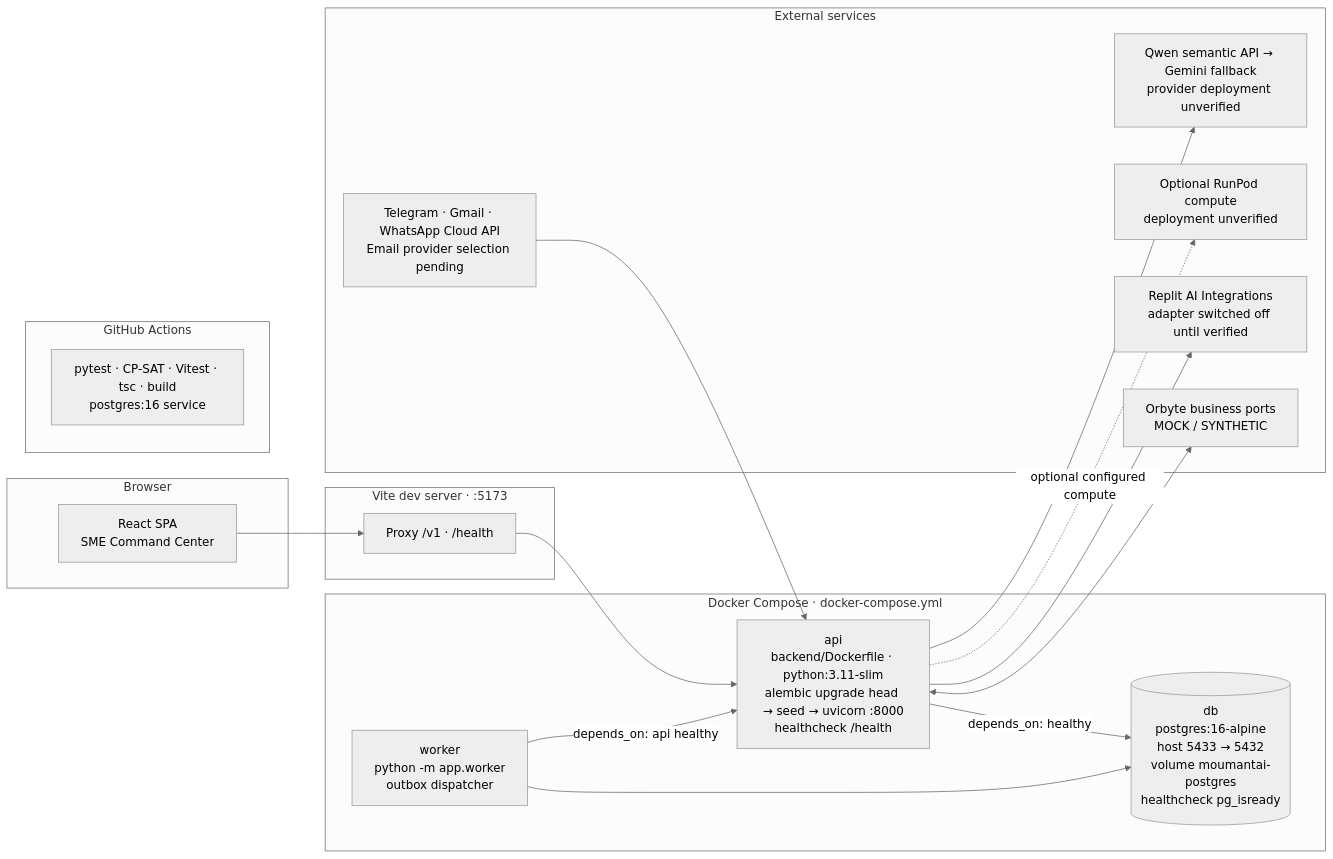
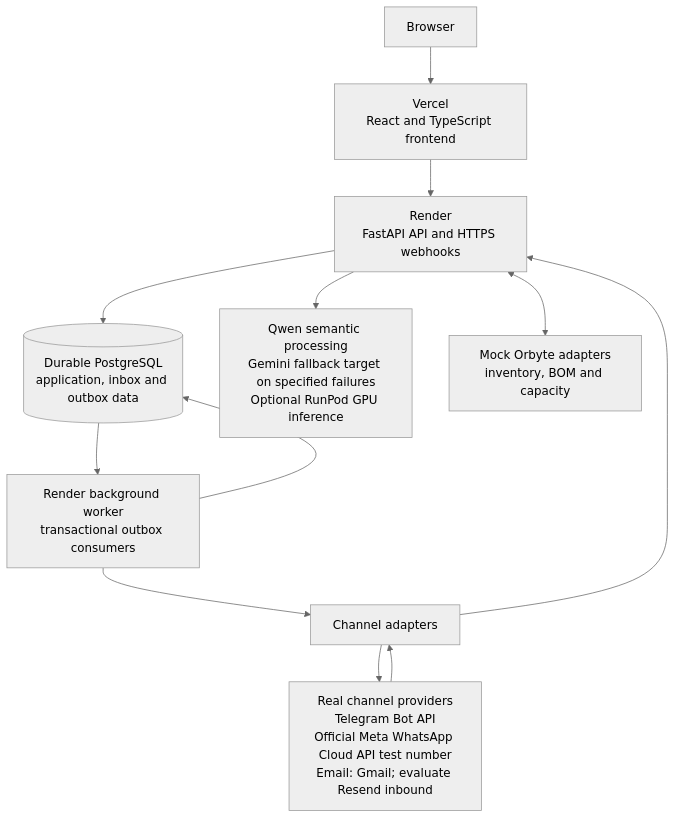
The eighth of 8 diagrams in README.md (jiahui-1101/MouManTAI), drawn with Mermaid (neutral theme) before and after one commit. The commit also changed other lines of this file, not shown here.

````diff
--- a/README.md
+++ b/README.md
@@ -965,38 +934,16 @@
 ```mermaid
-flowchart LR
-    subgraph USER["Browser"]
-        UI["React SPA<br/>SME Command Center"]
-    end
+flowchart TB
+    B["Browser"] --> V["Vercel<br/>React and TypeScript frontend"]
+    V --> API["Render<br/>FastAPI API and HTTPS webhooks"]
+    API --> DB[("Durable PostgreSQL<br/>application, inbox and outbox data")]
+    DB --> WORK["Render background worker<br/>transactional outbox consumers"]
+    WORK --> DB
 
-    subgraph VITE["Vite dev server · :5173"]
-        PX["Proxy /v1 · /health"]
-    end
+    CHANNELS["Real channel providers<br/>Telegram Bot API<br/>Official Meta WhatsApp Cloud API test number<br/>Email: Gmail; evaluate Resend inbound"] --> CH["Channel adapters"]
+    CH --> CHANNELS
+    CH --> API
+    WORK --> CH
 
-    subgraph COMPOSE["Docker Compose · docker-compose.yml"]
-        DB[("db<br/>postgres:16-alpine<br/>host 5433 → 5432<br/>volume moumantai-postgres<br/>healthcheck pg_isready")]
-        API["api<br/>backend/Dockerfile · python:3.11-slim<br/>alembic upgrade head → seed → uvicorn :8000<br/>healthcheck /health"]
-        WK["worker<br/>python -m app.worker<br/>outbox dispatcher"]
-    end
-
-    subgraph EXT["External services"]
-        LLM["Qwen semantic API → Gemini fallback<br/>provider deployment unverified"]
-        RP["Optional RunPod compute<br/>deployment unverified"]
-        CHN["Telegram · Gmail · WhatsApp Cloud API<br/>Email provider selection pending"]
-        RAI["Replit AI Integrations<br/>adapter switched off until verified"]
-        ORB["Orbyte business ports<br/>MOCK / SYNTHETIC"]
-    end
-
-    subgraph CI["GitHub Actions"]
-        GHA["pytest · CP-SAT · Vitest · tsc · build<br/>postgres:16 service"]
-    end
-
-    UI --> PX --> API
-    API -->|"depends_on: healthy"| DB
-    WK -->|"depends_on: api healthy"| API
-    WK --> DB
-    API --> LLM
-    API -. optional configured compute .-> RP
-    CHN --> API
-    API --> RAI
-    API <--> ORB
+    API --> AI["Qwen semantic processing<br/>Gemini fallback target on specified failures<br/>Optional RunPod GPU inference"]
+    API <--> ORB["Mock Orbyte adapters<br/>inventory, BOM and capacity"]
 ```
````
